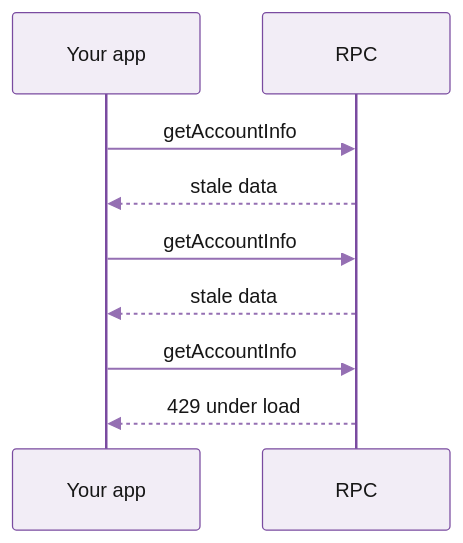
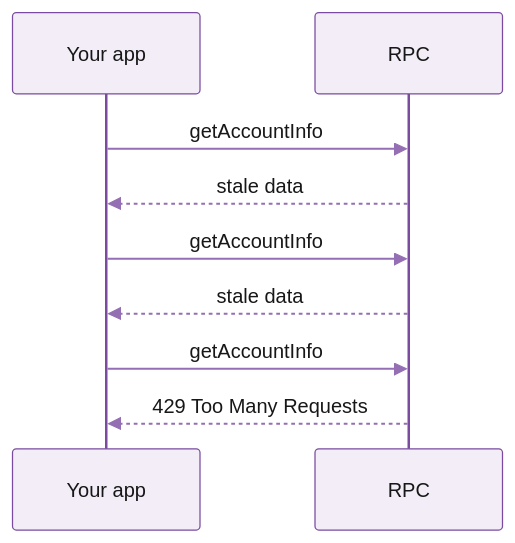
The first of 2 diagrams in documentation/real-time-streaming.md (praptisharma28/triton-docs-v5), drawn with Mermaid before and after one commit.

Commit message:
Polling diagram: '429 under load' -> '429 Too Many Requests' (points at client over-polling, not our infra)

````diff
--- a/documentation/real-time-streaming.md
+++ b/documentation/real-time-streaming.md
@@ -15,12 +15,12 @@
 ```mermaid
 %%{init: {'theme':'base','themeVariables':{'primaryColor':'#F2EDF6','primaryBorderColor':'#7A4BA0','primaryTextColor':'#171717','lineColor':'#956FB3','actorBkg':'#F2EDF6','actorBorder':'#7A4BA0','actorTextColor':'#171717','signalColor':'#956FB3','signalTextColor':'#171717','noteBkgColor':'#F2EDF6','noteBorderColor':'#7A4BA0','noteTextColor':'#171717','labelBoxBkgColor':'#E4DBEC','labelBoxBorderColor':'#7A4BA0'}}}%%
 sequenceDiagram
     participant C as Your app
     participant S as RPC
     C->>S: getAccountInfo
     S-->>C: stale data
     C->>S: getAccountInfo
     S-->>C: stale data
     C->>S: getAccountInfo
-    S-->>C: 429 under load
+    S-->>C: 429 Too Many Requests
 ```
````
